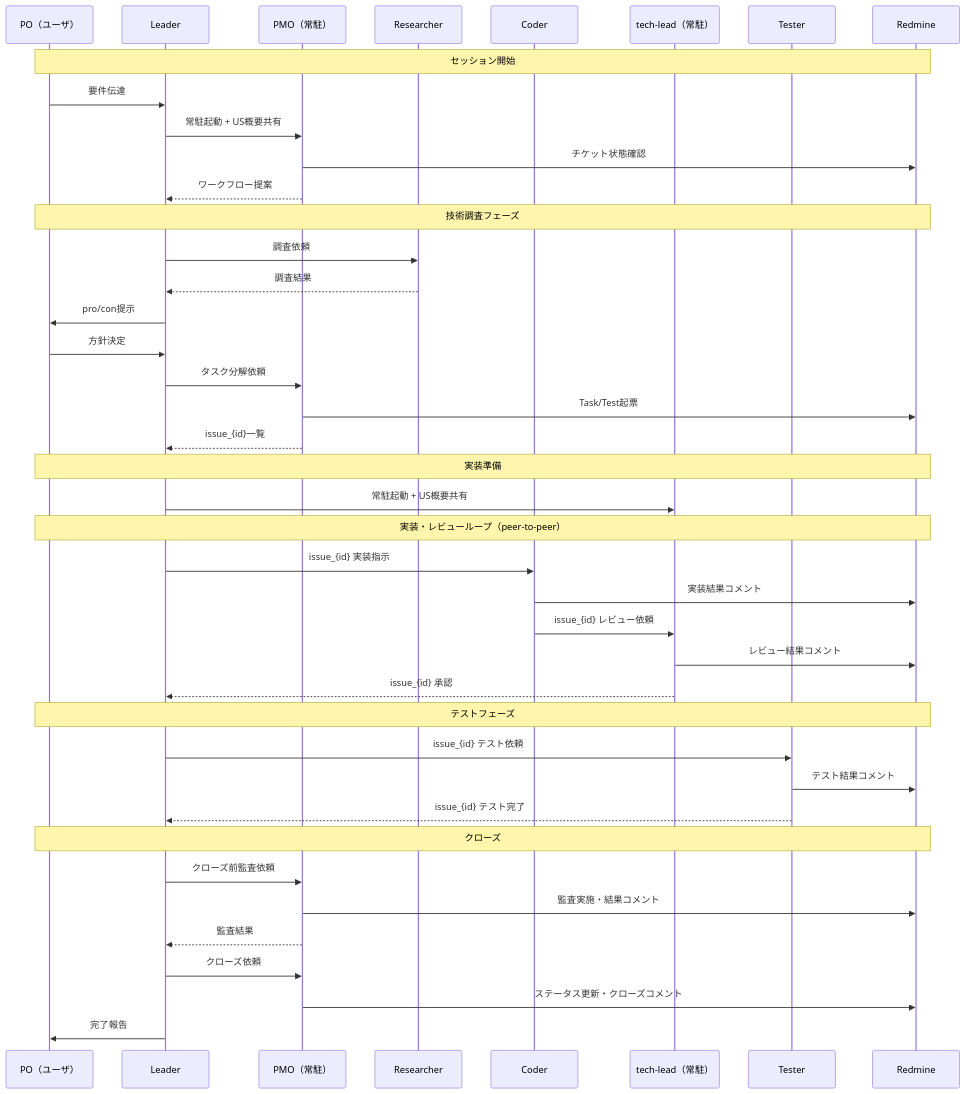
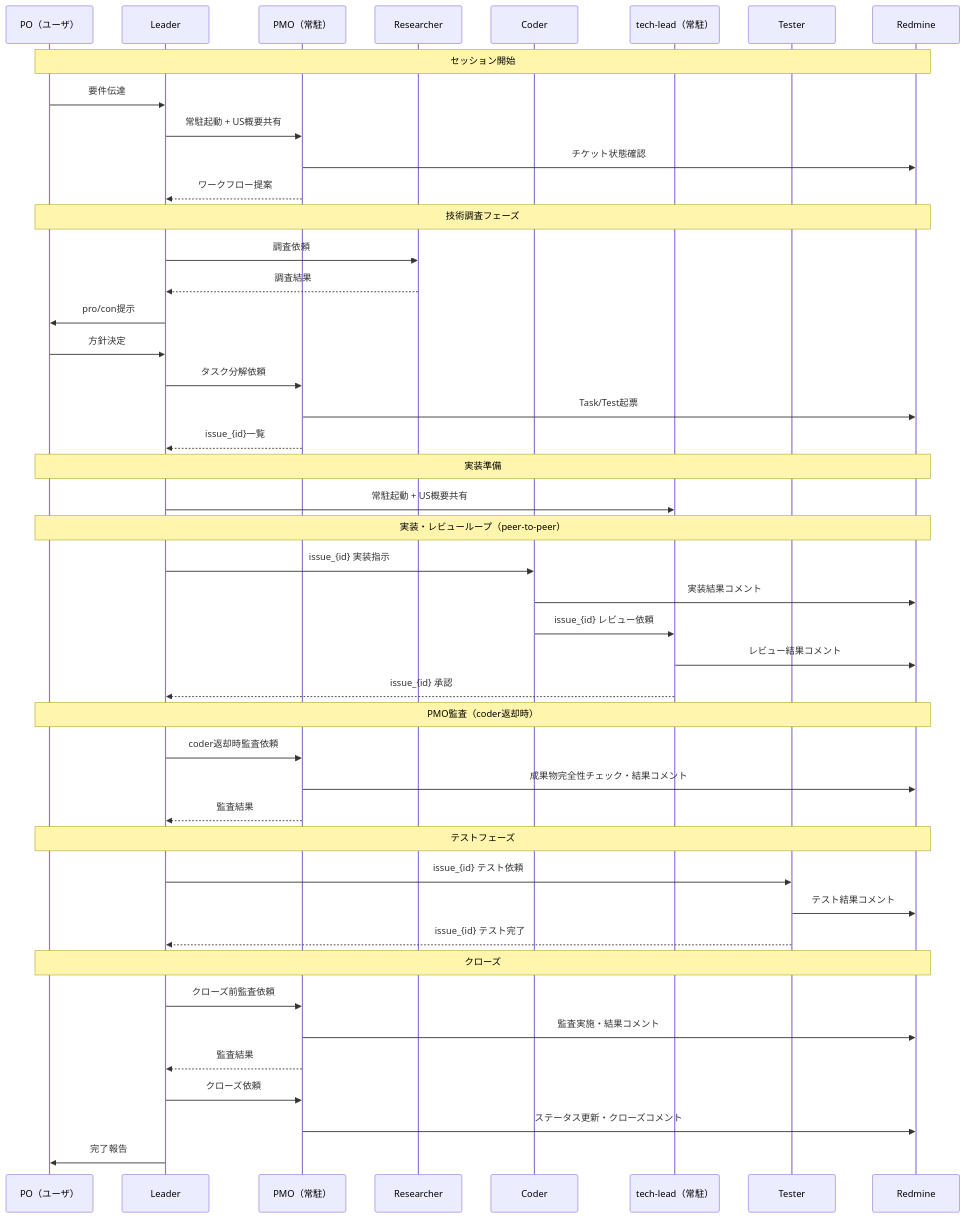
One commit to hollySizzle/ticket-tasuki changed the third of 3 diagrams in docs/ワークフロー図.md. Above: the diagram before and after it, drawn with Mermaid. The commit also changed 4 other files, not shown here.

````diff
--- a/docs/ワークフロー図.md
+++ b/docs/ワークフロー図.md
@@ -94,49 +94,54 @@
 ```mermaid
 sequenceDiagram
     participant PO as PO（ユーザ）
     participant L as Leader
     participant PMO as PMO（常駐）
     participant R as Researcher
     participant C as Coder
     participant TL as tech-lead（常駐）
     participant T as Tester
     participant RM as Redmine
 
     Note over PO,RM: セッション開始
     PO->>L: 要件伝達
     L->>PMO: 常駐起動 + US概要共有
     PMO->>RM: チケット状態確認
     PMO-->>L: ワークフロー提案
 
     Note over PO,RM: 技術調査フェーズ
     L->>R: 調査依頼
     R-->>L: 調査結果
     L->>PO: pro/con提示
     PO->>L: 方針決定
     L->>PMO: タスク分解依頼
     PMO->>RM: Task/Test起票
     PMO-->>L: issue_{id}一覧
 
     Note over PO,RM: 実装準備
     L->>TL: 常駐起動 + US概要共有
 
     Note over PO,RM: 実装・レビューループ（peer-to-peer）
     L->>C: issue_{id} 実装指示
     C->>RM: 実装結果コメント
     C->>TL: issue_{id} レビュー依頼
     TL->>RM: レビュー結果コメント
     TL-->>L: issue_{id} 承認
 
+    Note over PO,RM: PMO監査（coder返却時）
+    L->>PMO: coder返却時監査依頼
+    PMO->>RM: 成果物完全性チェック・結果コメント
+    PMO-->>L: 監査結果
+
     Note over PO,RM: テストフェーズ
     L->>T: issue_{id} テスト依頼
     T->>RM: テスト結果コメント
     T-->>L: issue_{id} テスト完了
 
     Note over PO,RM: クローズ
     L->>PMO: クローズ前監査依頼
     PMO->>RM: 監査実施・結果コメント
     PMO-->>L: 監査結果
     L->>PMO: クローズ依頼
     PMO->>RM: ステータス更新・クローズコメント
     L->>PO: 完了報告
 ```
````
